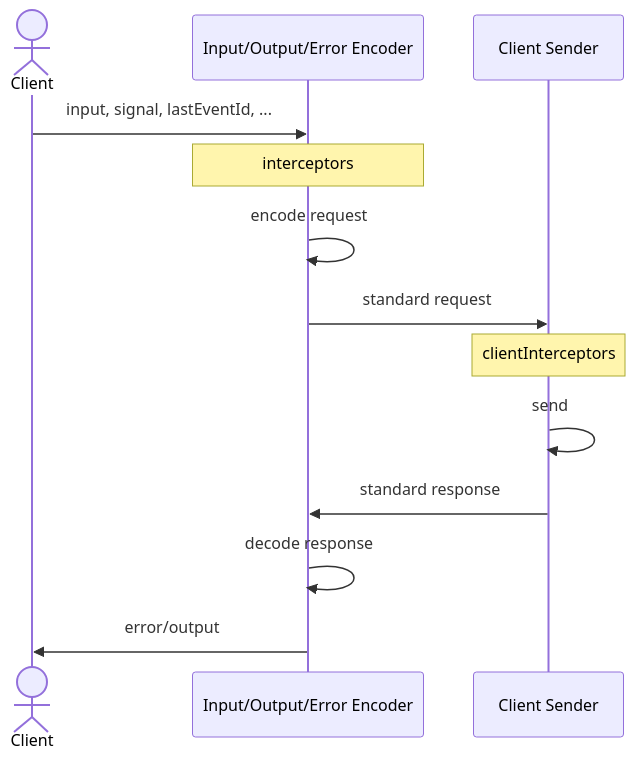
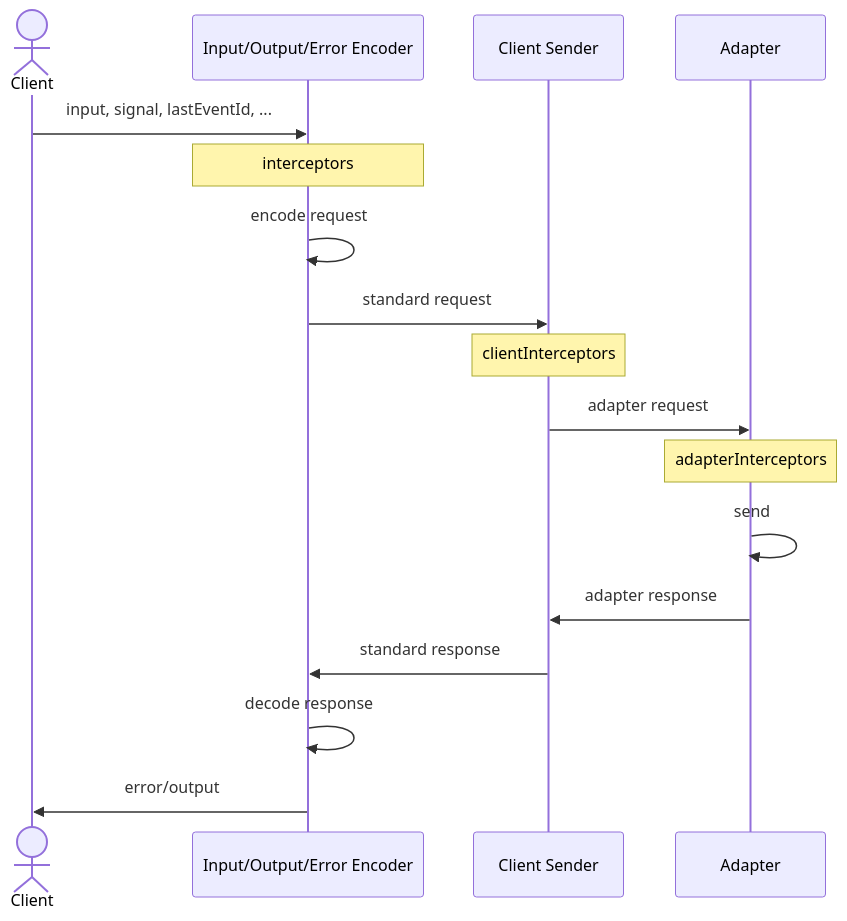
Before and after one commit to xiaoyu2er/orpc: the diagram in apps/content/docs/client/rpc-link.md, drawn with Mermaid.

Commit message:
docs: add `adapterInterceptors` to RPCLink lifecycle

````diff
--- a/apps/content/docs/client/rpc-link.md
+++ b/apps/content/docs/client/rpc-link.md
@@ -180,16 +180,20 @@
 ```mermaid
 sequenceDiagram
   actor A1 as Client
   participant P1 as Input/Output/Error Encoder
   participant P2 as Client Sender
+  participant P3 as Adapter
 
   A1 ->> P1: input, signal, lastEventId, ...
   Note over P1: interceptors
   P1 ->> P1: encode request
   P1 ->> P2: standard request
   Note over P2: clientInterceptors
-  P2 ->> P2: send
+  P2 ->> P3: adapter request
+  Note over P3: adapterInterceptors
+  P3 ->> P3: send
+  P3 ->> P2: adapter response
   P2 ->> P1: standard response
   P1 ->> P1: decode response
   P1 ->> A1: error/output
 ```
````
